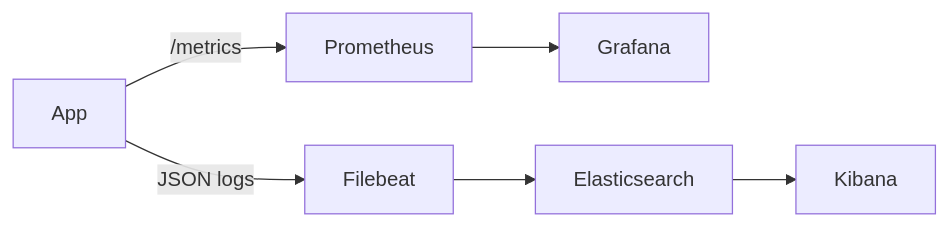
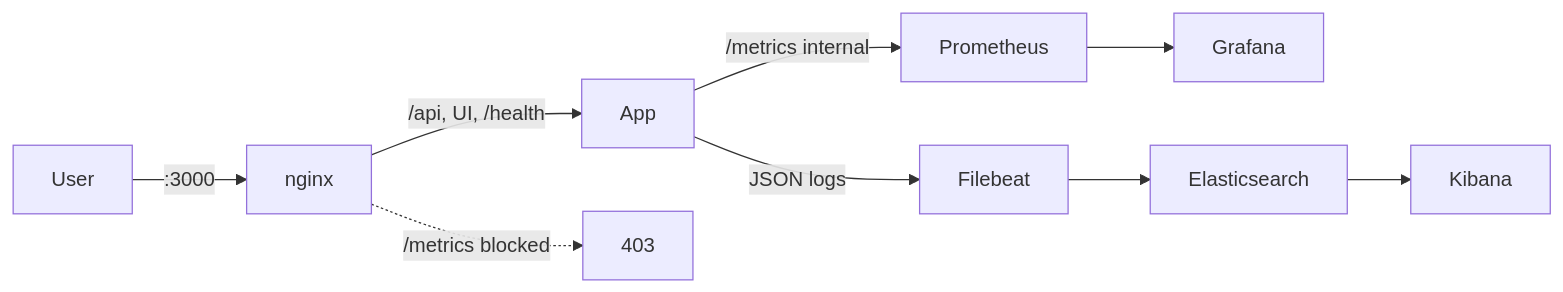
The diagram in monitoring/README.md (GenesisEducationKyiv/software-engineering-school-6-0-artemmatiushenko1), drawn with Mermaid before and after one commit. The commit also changed other lines of this file and 3 other files, not shown here.

````diff
--- a/monitoring/README.md
+++ b/monitoring/README.md
@@ -9,11 +9,13 @@
 ```mermaid
 flowchart LR
-  App[App]
+  User[User] -->|":3000"| Nginx[nginx]
+  Nginx -->|"/api, UI, /health"| App[App]
+  Nginx -.->|"/metrics blocked"| X[403]
 
-  App -->|/metrics| Prometheus
+  App -->|"/metrics internal"| Prometheus
   Prometheus --> Grafana
 
   App -->|JSON logs| Filebeat
   Filebeat --> Elasticsearch
   Elasticsearch --> Kibana
 ```
````
